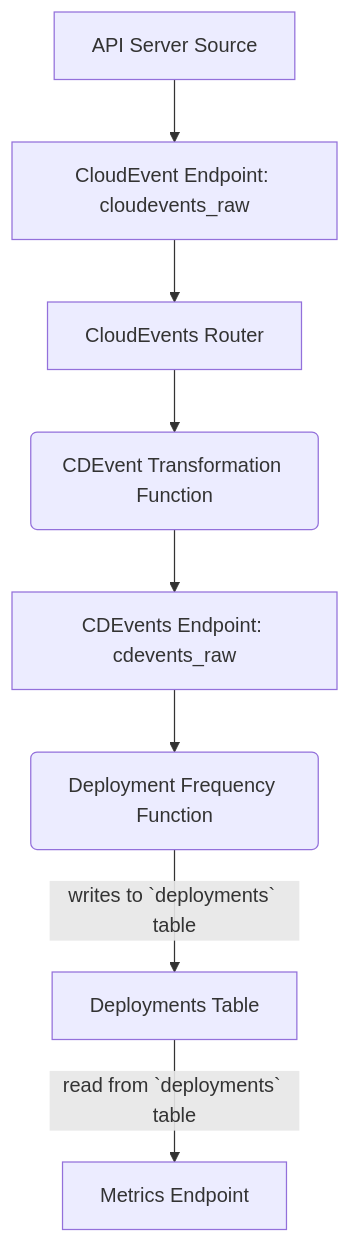
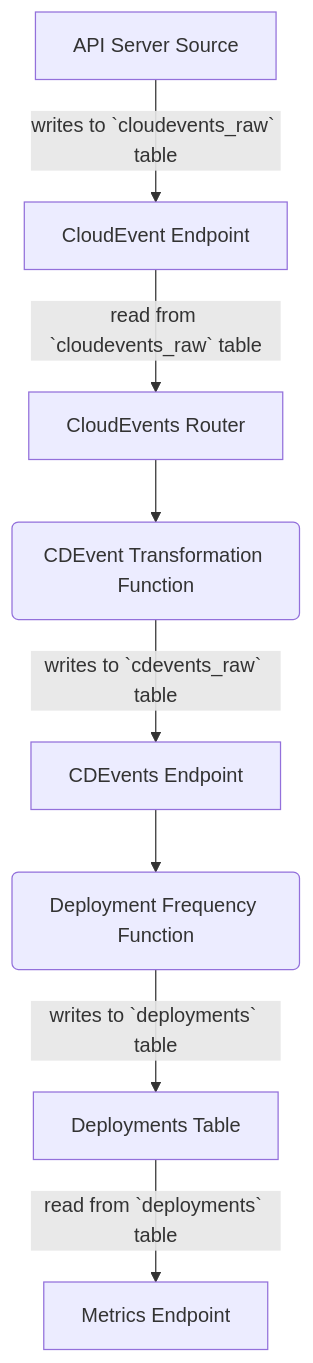
Before and after one commit to salaboy/from-monolith-to-k8s: the diagram in four-keys/README.md, drawn with Mermaid. The commit also changed other lines of this file, not shown here.

````diff
--- a/four-keys/README.md
+++ b/four-keys/README.md
@@ -153,10 +154,10 @@
 ```mermaid
 graph TD
-    A[API Server Source] -->B[CloudEvent Endpoint: cloudevents_raw]
-    B --> C[CloudEvents Router]
+    A[API Server Source] --> |writes to `cloudevents_raw` table| B[CloudEvent Endpoint]
+    B --> |read from `cloudevents_raw` table| C[CloudEvents Router]
     C --> D(CDEvent Transformation Function)
-    D --> E[CDEvents Endpoint: cdevents_raw]
+    D --> |writes to `cdevents_raw` table| E[CDEvents Endpoint]
     E --> F(Deployment Frequency Function)
     F --> |writes to `deployments` table| G[Deployments Table]
     G --> |read from `deployments` table| H[Metrics Endpoint]
 ```
````
